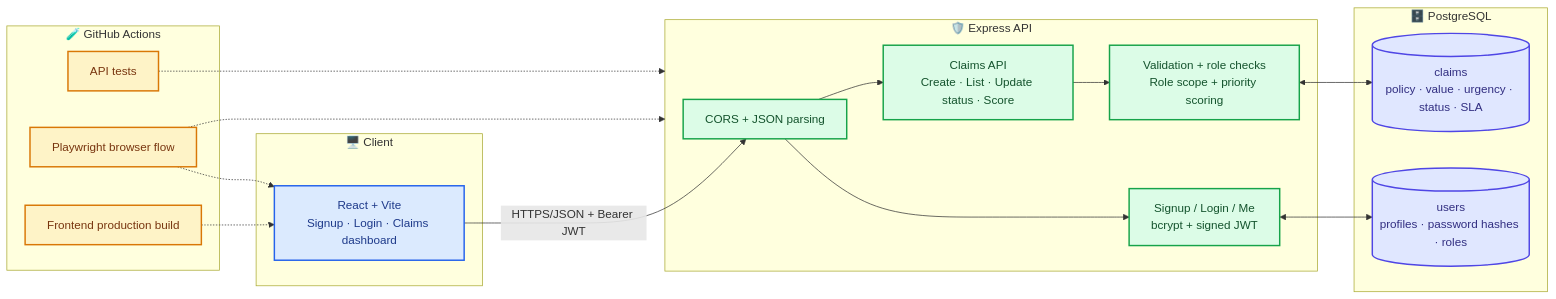
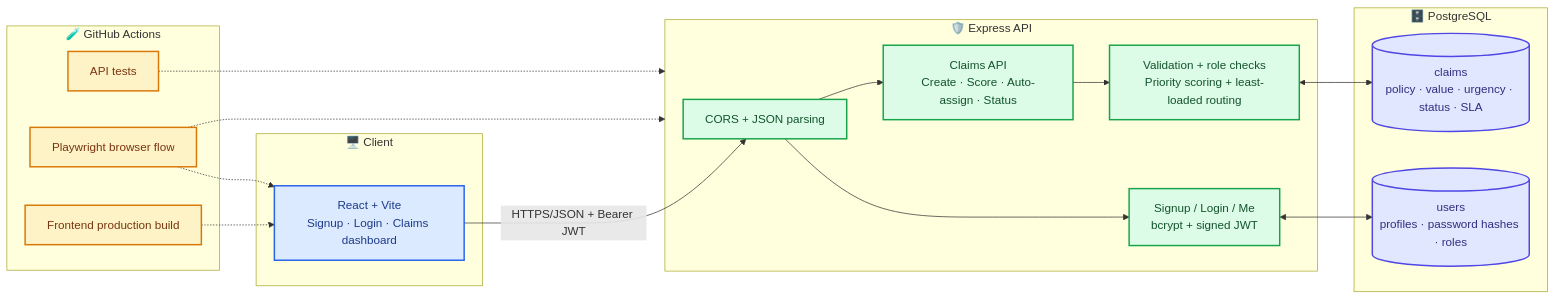
One commit to Neemasree/CLAIMSYNC changed the first of 2 diagrams in README.md. Above: the diagram before and after it, drawn with Mermaid. The commit also changed other lines of this file, not shown here.

````diff
--- a/README.md
+++ b/README.md
@@ -84,44 +84,44 @@
 ```mermaid
 flowchart LR
   subgraph CLIENT["🖥️ Client"]
     UI["React + Vite<br/>Signup · Login · Claims dashboard"]
   end
 
   subgraph SERVER["🛡️ Express API"]
     CORS["CORS + JSON parsing"]
     AUTH["Signup / Login / Me<br/>bcrypt + signed JWT"]
-    CLAIMS["Claims API<br/>Create · List · Update status · Score"]
-    RULES["Validation + role checks<br/>Role scope + priority scoring"]
+    CLAIMS["Claims API<br/>Create · Score · Auto-assign · Status"]
+    RULES["Validation + role checks<br/>Priority scoring + least-loaded routing"]
   end
 
   subgraph DATA["🗄️ PostgreSQL"]
     USERS[("users<br/>profiles · password hashes · roles")]
     CLAIMDB[("claims<br/>policy · value · urgency · status · SLA")]
   end
 
   subgraph QUALITY["🧪 GitHub Actions"]
     API_TEST["API tests"]
     E2E["Playwright browser flow"]
     BUILD["Frontend production build"]
   end
 
   UI -->|"HTTPS/JSON + Bearer JWT"| CORS
   CORS --> AUTH
   CORS --> CLAIMS
   CLAIMS --> RULES
   AUTH <--> USERS
   RULES <--> CLAIMDB
   API_TEST -.-> SERVER
   E2E -.-> UI
   E2E -.-> SERVER
   BUILD -.-> UI
 
   classDef client fill:#DBEAFE,stroke:#2563EB,color:#1E3A8A,stroke-width:2px
   classDef api fill:#DCFCE7,stroke:#16A34A,color:#14532D,stroke-width:2px
   classDef data fill:#E0E7FF,stroke:#4F46E5,color:#312E81,stroke-width:2px
   classDef quality fill:#FEF3C7,stroke:#D97706,color:#78350F,stroke-width:2px
   class UI client
   class CORS,AUTH,CLAIMS,RULES api
   class USERS,CLAIMDB data
   class API_TEST,E2E,BUILD quality
 ```
````
